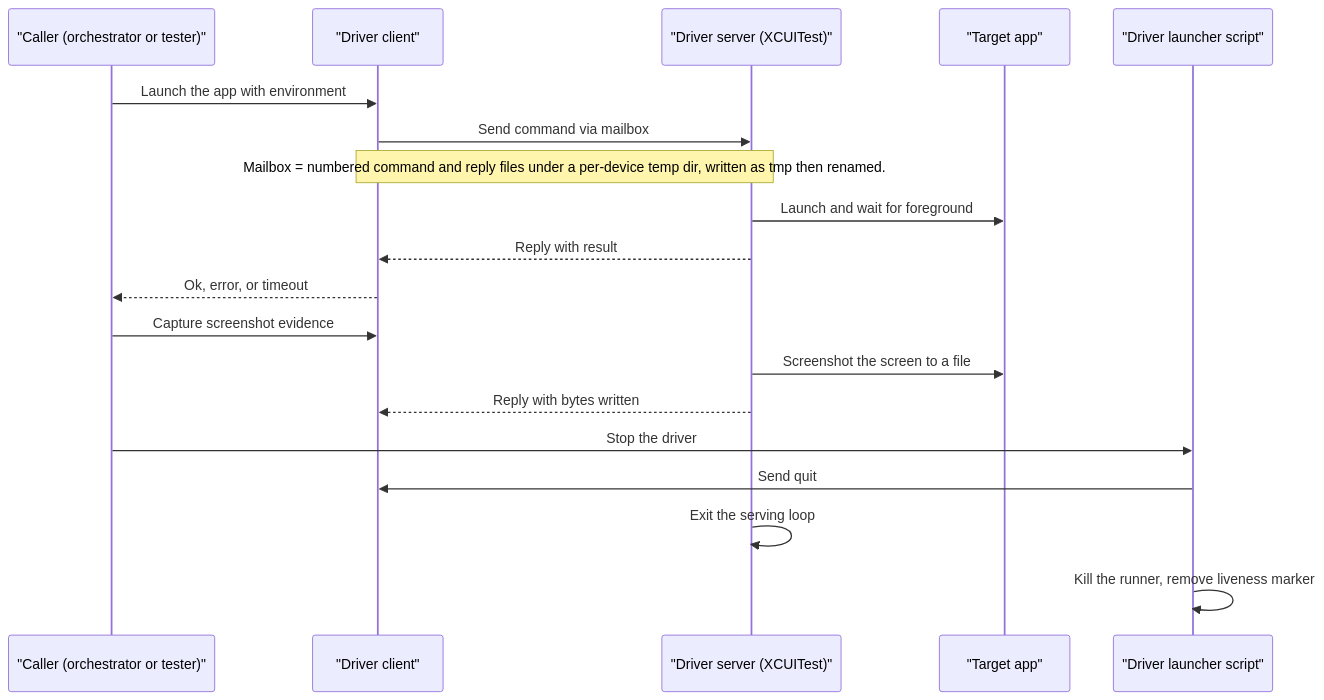
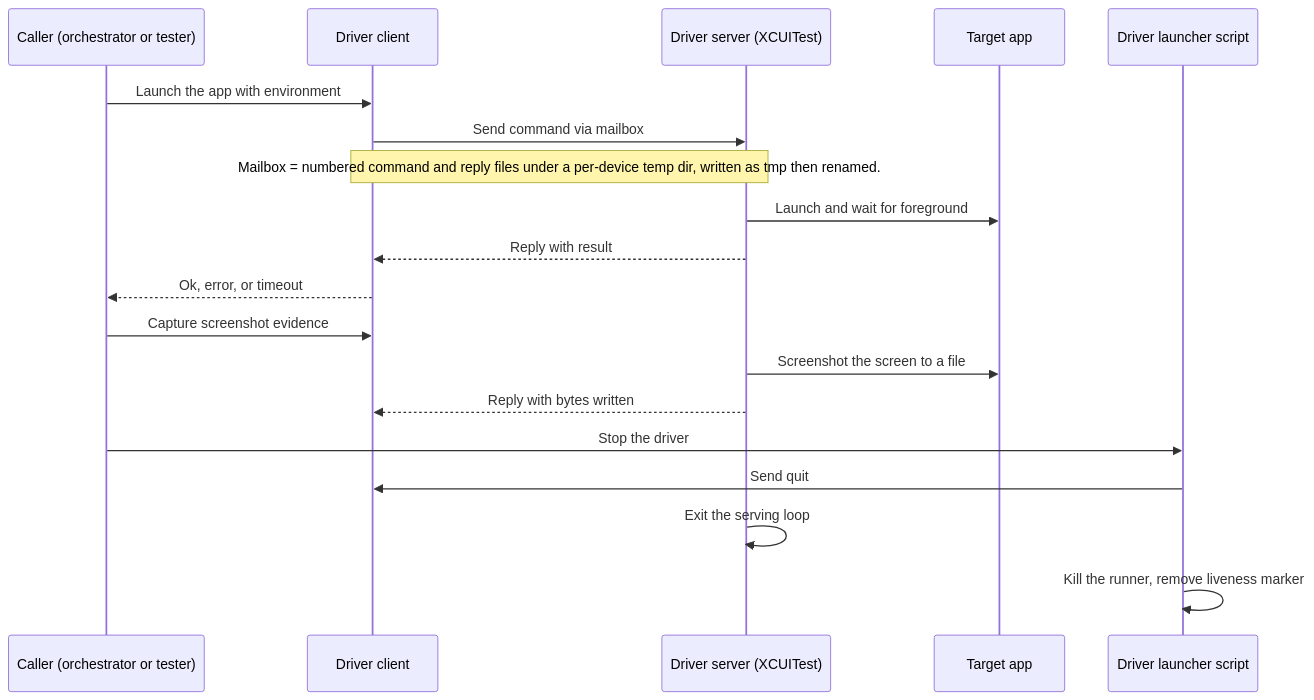
Before and after one commit to peterlit/quiller-claude-plugins: diagram 17 of 19 in docs/architecture/qa-loop-tools.md, drawn with Mermaid. The commit also changed other lines of this file and 9 other files, not shown here.

````diff
--- a/docs/architecture/qa-loop-tools.md
+++ b/docs/architecture/qa-loop-tools.md
@@ -770,21 +770,21 @@
 ```mermaid
 sequenceDiagram
-    participant C as "Caller (orchestrator or tester)"
-    participant DC as "Driver client"
-    participant DS as "Driver server (XCUITest)"
-    participant APP as "Target app"
-    participant LS as "Driver launcher script"
+    participant C as Caller (orchestrator or tester)
+    participant DC as Driver client
+    participant DS as Driver server (XCUITest)
+    participant APP as Target app
+    participant LS as Driver launcher script
     C->>DC: Launch the app with environment
     DC->>DS: Send command via mailbox
     Note over DC,DS: Mailbox = numbered command and reply files under a per-device temp dir, written as tmp then renamed.
     DS->>APP: Launch and wait for foreground
     DS-->>DC: Reply with result
     DC-->>C: Ok, error, or timeout
     C->>DC: Capture screenshot evidence
     DS->>APP: Screenshot the screen to a file
     DS-->>DC: Reply with bytes written
     C->>LS: Stop the driver
     LS->>DC: Send quit
     DS->>DS: Exit the serving loop
     LS->>LS: Kill the runner, remove liveness marker
 ```
````
